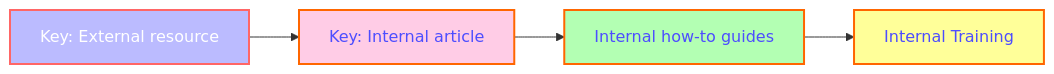
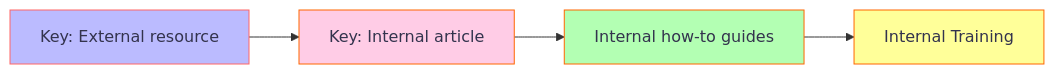
Before and after one commit to ICR-SC/good-practice: the first of 2 diagrams in docs/index.md, drawn with Mermaid.

````diff
--- a/docs/index.md
+++ b/docs/index.md
@@ -5,10 +5,10 @@
 ``` mermaid
 graph LR
   K1[Key: External resource]  --> K2[Key: Internal article];
   K2 --> K3[Internal how-to guides];
   K3 --> K4[Internal Training];
-  style K1 fill:#bbf,stroke:#f66,stroke-width:2px,color:#fff
-  style K2 fill:#ffcce6,stroke:#ff6600,stroke-width:2px,color:#4d4dff
-  style K3 fill:#b3ffb3,stroke:#ff6600,stroke-width:2px,color:#4d4dff
-  style K4 fill:#ffff99,stroke:#ff6600,stroke-width:2px,color:#4d4dff
+  style K1 fill:#bbf,stroke:#f66,stroke-width:1px,color:#33334d
+  style K2 fill:#ffcce6,stroke:#ff6600,stroke-width:1px,color:#33334d
+  style K3 fill:#b3ffb3,stroke:#ff6600,stroke-width:1px,color:#33334d
+  style K4 fill:#ffff99,stroke:#ff6600,stroke-width:1px,color:#33334d
 ```
````
